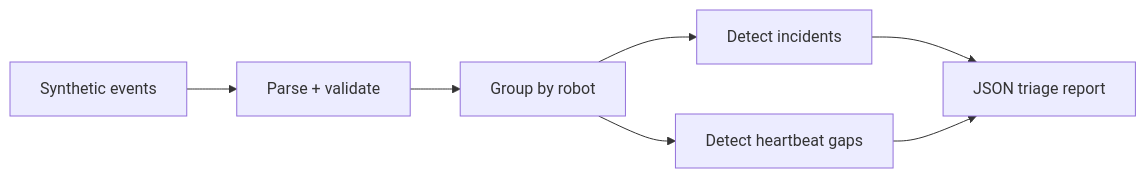
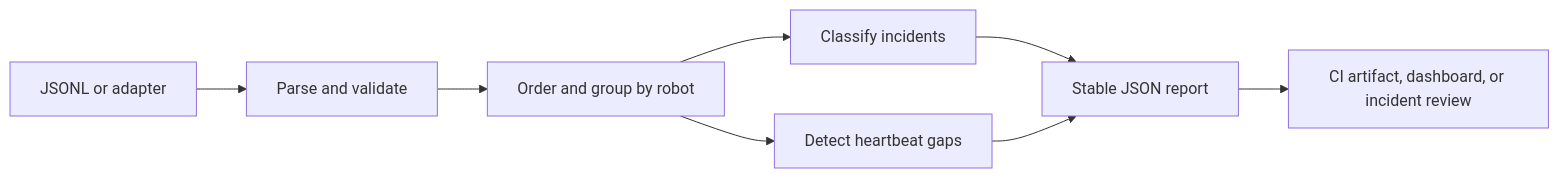
One commit to Parth-Oza/autonomy-log-triage changed the diagram in README.md. Above: the diagram before and after it, drawn with Mermaid. The commit also changed other lines of this file and 3 other files, not shown here.

````diff
--- a/README.md
+++ b/README.md
@@ -15,9 +20,10 @@
 ```mermaid
 flowchart LR
-  A[Synthetic events] --> B[Parse + validate]
-  B --> C[Group by robot]
-  C --> D[Detect incidents]
+  A[JSONL or adapter] --> B[Parse and validate]
+  B --> C[Order and group by robot]
+  C --> D[Classify incidents]
   C --> E[Detect heartbeat gaps]
-  D --> F[JSON triage report]
+  D --> F[Stable JSON report]
   E --> F
+  F --> G[CI artifact, dashboard, or incident review]
 ```
````
